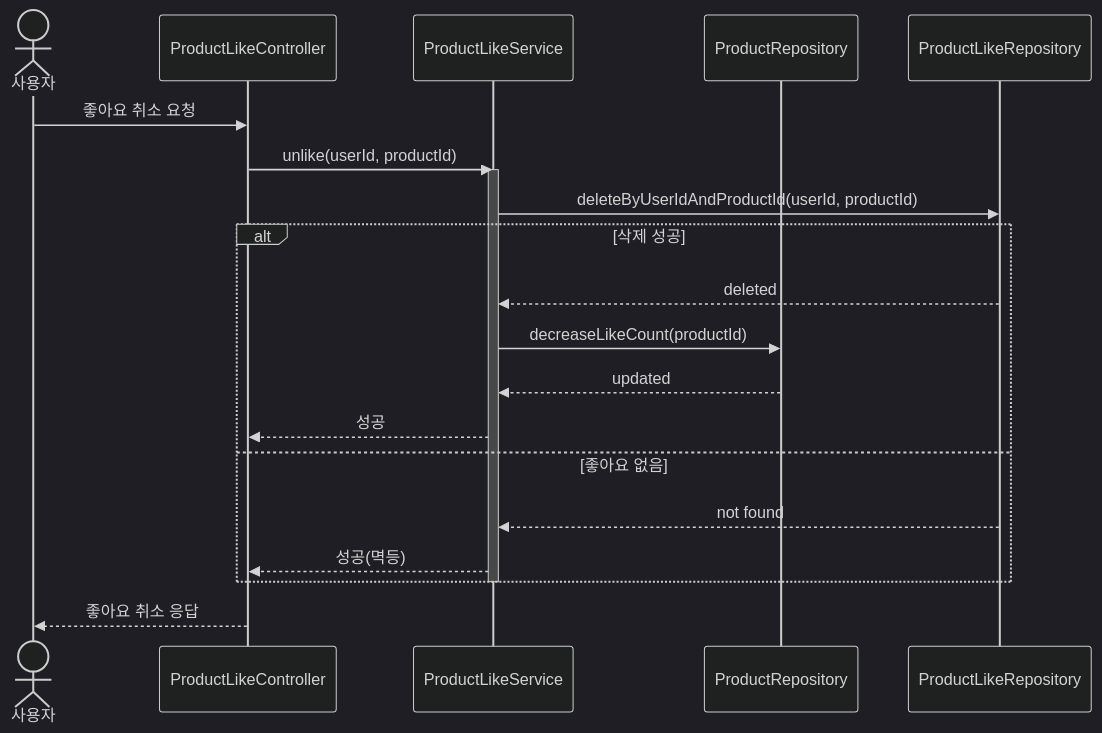
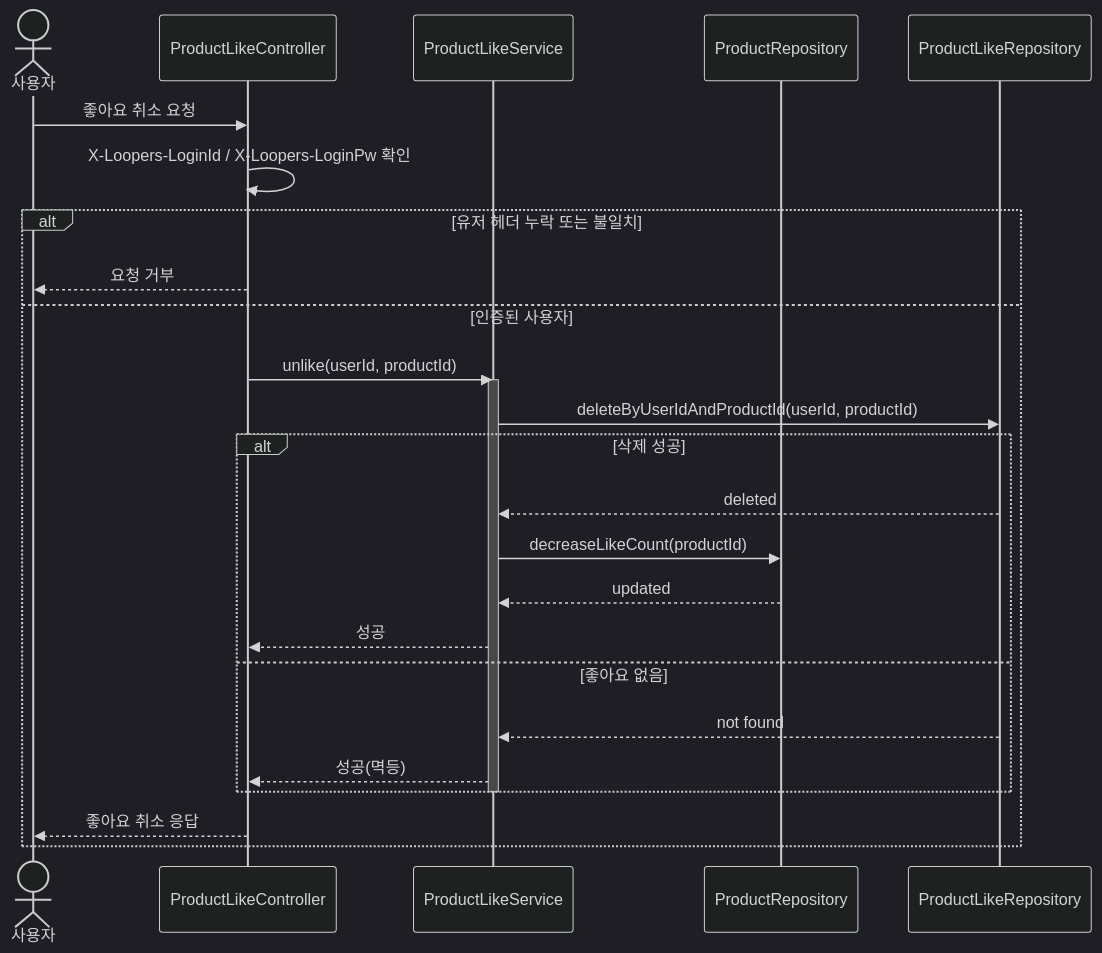
The fourth of 9 diagrams in .docs/design/02-sequence-diagrams.md (loopers-labs/loop-pack-be-l2-vol4-java), drawn with Mermaid (dark theme) before and after one commit. The commit also changed other lines of this file and 3 other files, not shown here.

````diff
--- a/.docs/design/02-sequence-diagrams.md
+++ b/.docs/design/02-sequence-diagrams.md
@@ -112,24 +157,29 @@
 ```mermaid
 sequenceDiagram
     actor User as 사용자
     participant Controller as ProductLikeController
     participant Service as ProductLikeService
     participant ProductRepo as ProductRepository
     participant LikeRepo as ProductLikeRepository
 
     User->>Controller: 좋아요 취소 요청
-    Controller->>Service: unlike(userId, productId)
-    activate Service
-    Service->>LikeRepo: deleteByUserIdAndProductId(userId, productId)
-    alt 삭제 성공
-        LikeRepo-->>Service: deleted
-        Service->>ProductRepo: decreaseLikeCount(productId)
-        ProductRepo-->>Service: updated
-        Service-->>Controller: 성공
-    else 좋아요 없음
-        LikeRepo-->>Service: not found
-        Service-->>Controller: 성공(멱등)
+    Controller->>Controller: X-Loopers-LoginId / X-Loopers-LoginPw 확인
+    alt 유저 헤더 누락 또는 불일치
+        Controller-->>User: 요청 거부
+    else 인증된 사용자
+        Controller->>Service: unlike(userId, productId)
+        activate Service
+        Service->>LikeRepo: deleteByUserIdAndProductId(userId, productId)
+        alt 삭제 성공
+            LikeRepo-->>Service: deleted
+            Service->>ProductRepo: decreaseLikeCount(productId)
+            ProductRepo-->>Service: updated
+            Service-->>Controller: 성공
+        else 좋아요 없음
+            LikeRepo-->>Service: not found
+            Service-->>Controller: 성공(멱등)
+        end
+        deactivate Service
+        Controller-->>User: 좋아요 취소 응답
     end
-    deactivate Service
-    Controller-->>User: 좋아요 취소 응답
 ```
````
